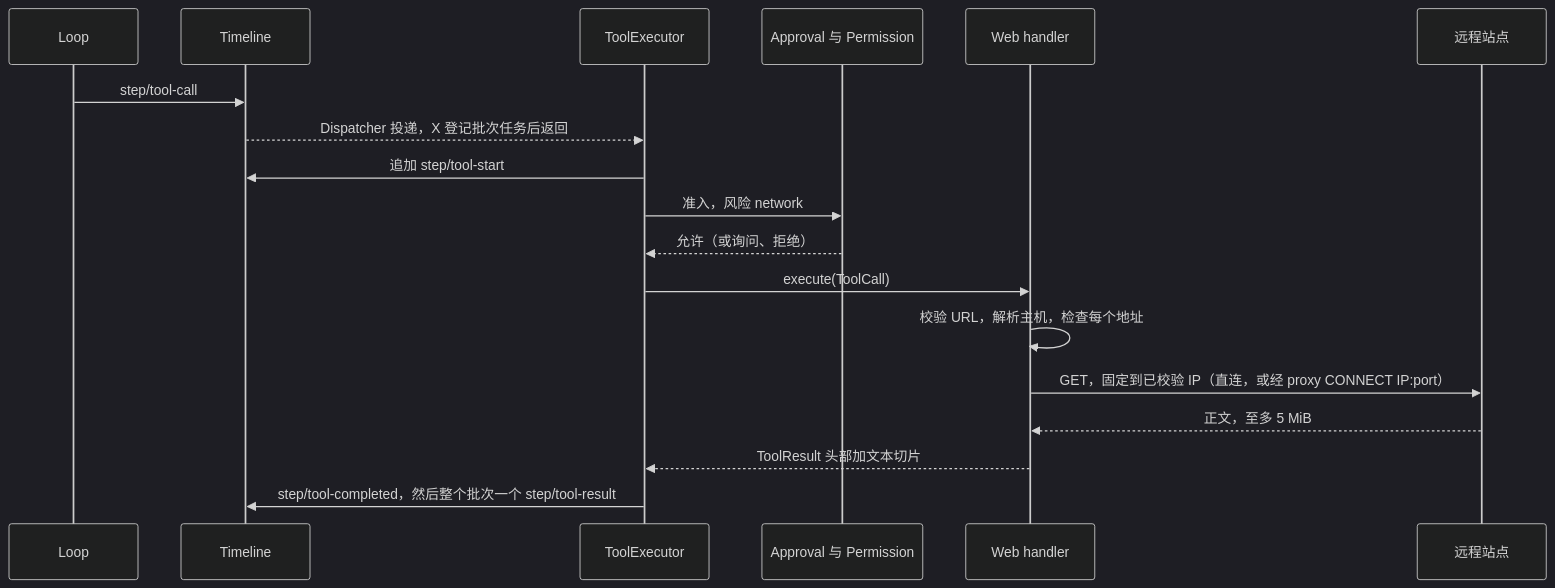
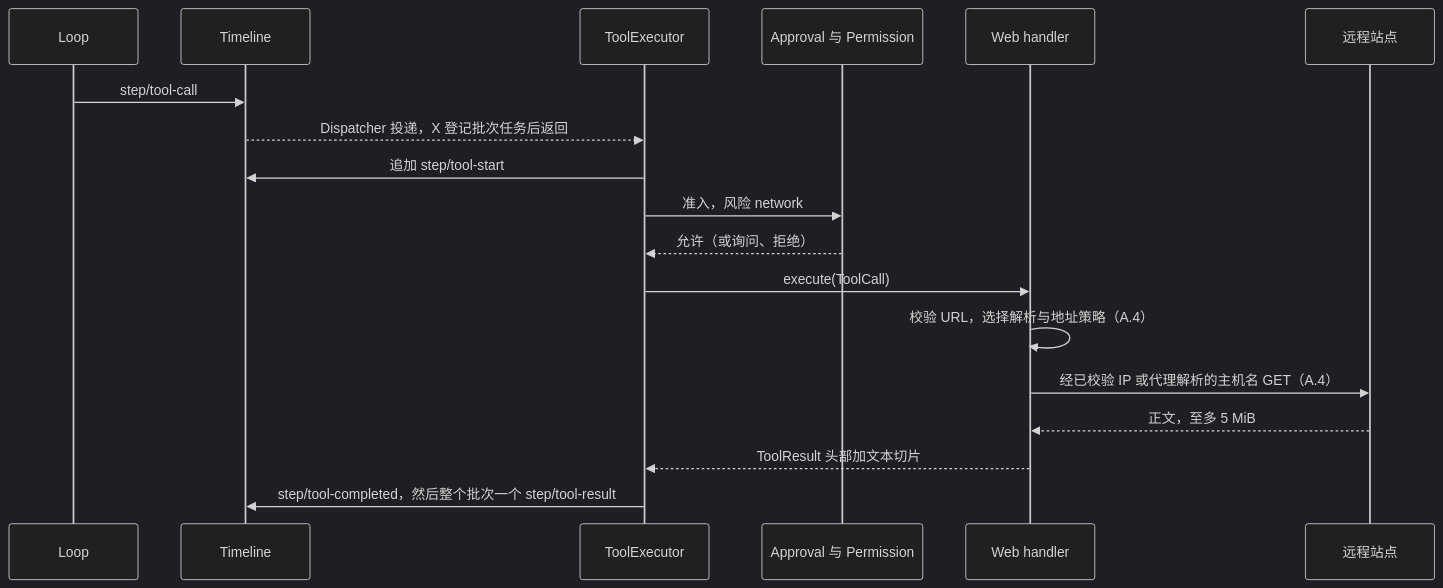
Before and after one commit to CoutinhoTTS/dim-agent: the third of 5 diagrams in docs/zh/design/plugins/Web.md, drawn with Mermaid (dark theme). The commit also changed other lines of this file and 1 other file, not shown here.

First line of the commit message:
docs: define proxy DNS support for Fake-IP environments

````diff
--- a/docs/zh/design/plugins/Web.md
+++ b/docs/zh/design/plugins/Web.md
@@ -71,20 +71,20 @@
 ```mermaid
 sequenceDiagram
   participant L as Loop
   participant TL as Timeline
   participant X as ToolExecutor
   participant A as Approval 与 Permission
   participant W as Web handler
   participant N as 远程站点
   L->>TL: step/tool-call
   TL-->>X: Dispatcher 投递，X 登记批次任务后返回
   X->>TL: 追加 step/tool-start
   X->>A: 准入，风险 network
   A-->>X: 允许（或询问、拒绝）
   X->>W: execute(ToolCall)
-  W->>W: 校验 URL，解析主机，检查每个地址
-  W->>N: GET，固定到已校验 IP（直连，或经 proxy CONNECT IP:port）
+  W->>W: 校验 URL，选择解析与地址策略（A.4）
+  W->>N: 经已校验 IP 或代理解析的主机名 GET（A.4）
   N-->>W: 正文，至多 5 MiB
   W-->>X: ToolResult 头部加文本切片
   X->>TL: step/tool-completed，然后整个批次一个 step/tool-result
 ```
````
